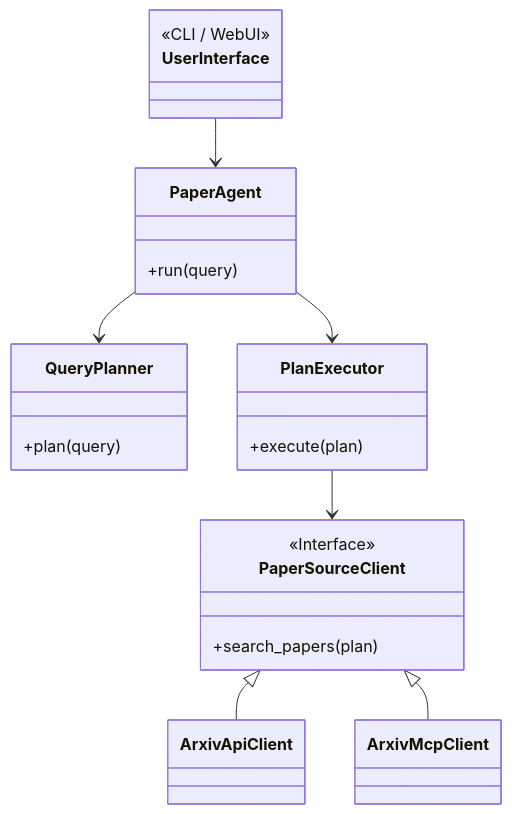
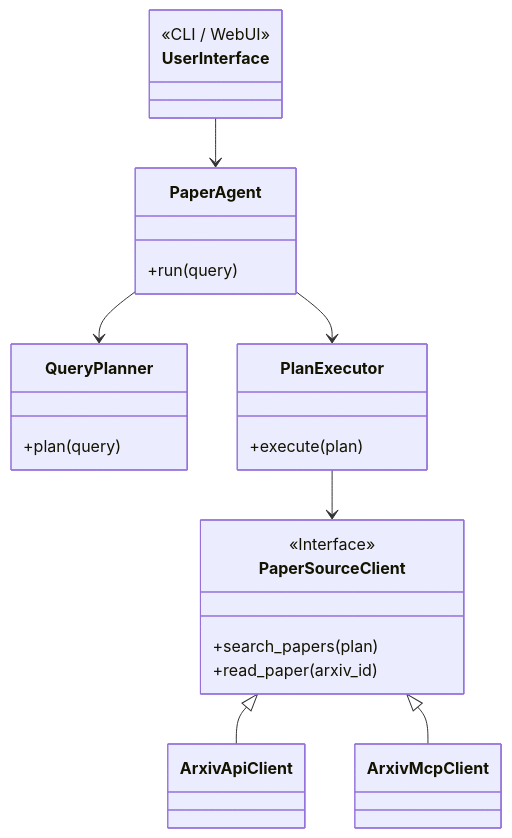
Before and after one commit to amaner/summx: the diagram in README.md, drawn with Mermaid.

Commit message:
docs: add read_paper method to PaperSourceClient interface in architecture diagram

````diff
--- a/README.md
+++ b/README.md
@@ -28,33 +28,34 @@
 ```mermaid
 classDiagram
     class UserInterface {
         <<CLI / WebUI>>
     }
 
     class PaperAgent {
         +run(query)
     }
 
     class QueryPlanner {
         +plan(query)
     }
 
     class PlanExecutor {
         +execute(plan)
     }
 
     class PaperSourceClient {
         <<Interface>>
         +search_papers(plan)
+        +read_paper(arxiv_id)
     }
 
     class ArxivApiClient
     class ArxivMcpClient
 
     UserInterface --> PaperAgent
     PaperAgent --> QueryPlanner
     PaperAgent --> PlanExecutor
     PlanExecutor --> PaperSourceClient
     PaperSourceClient <|-- ArxivApiClient
     PaperSourceClient <|-- ArxivMcpClient
 ```
````
